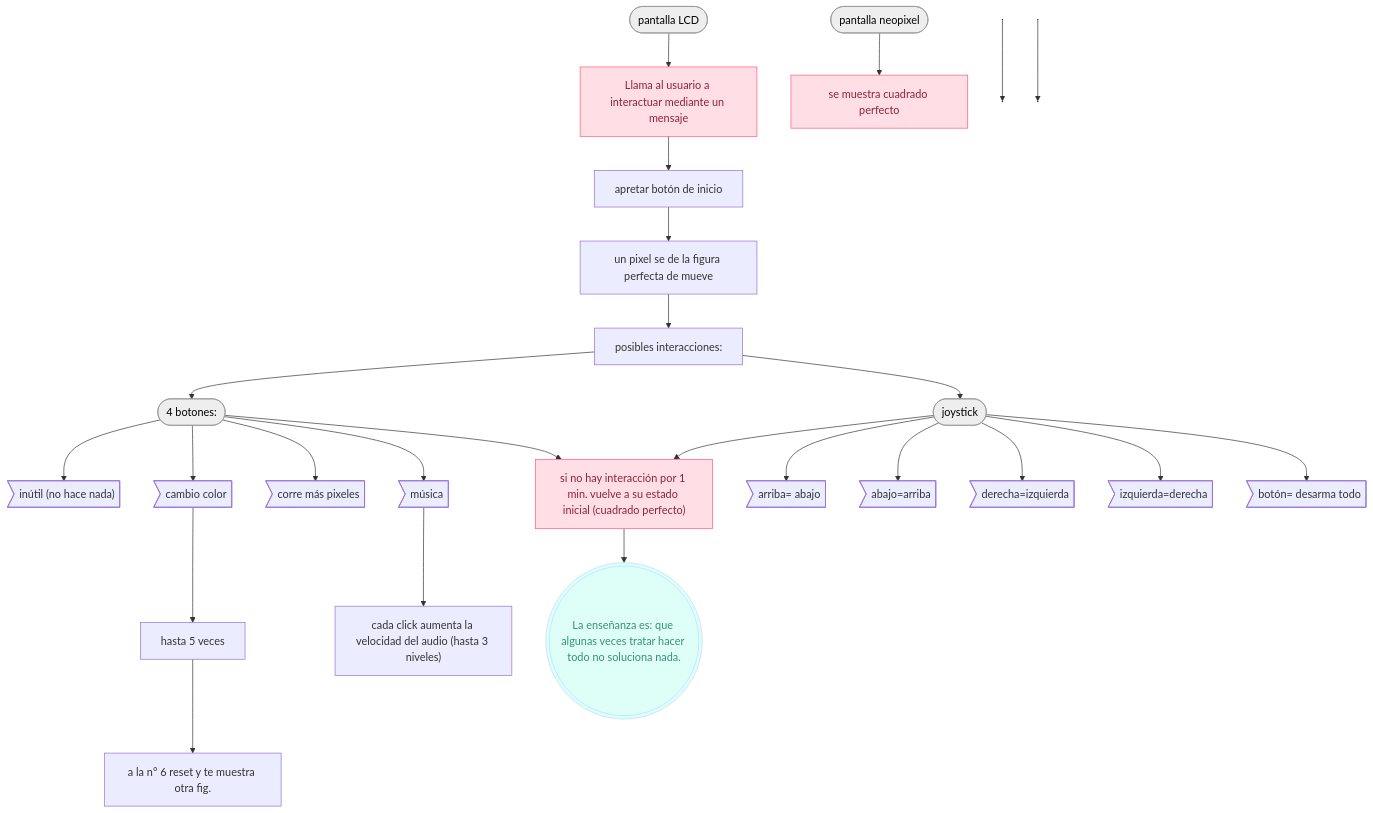
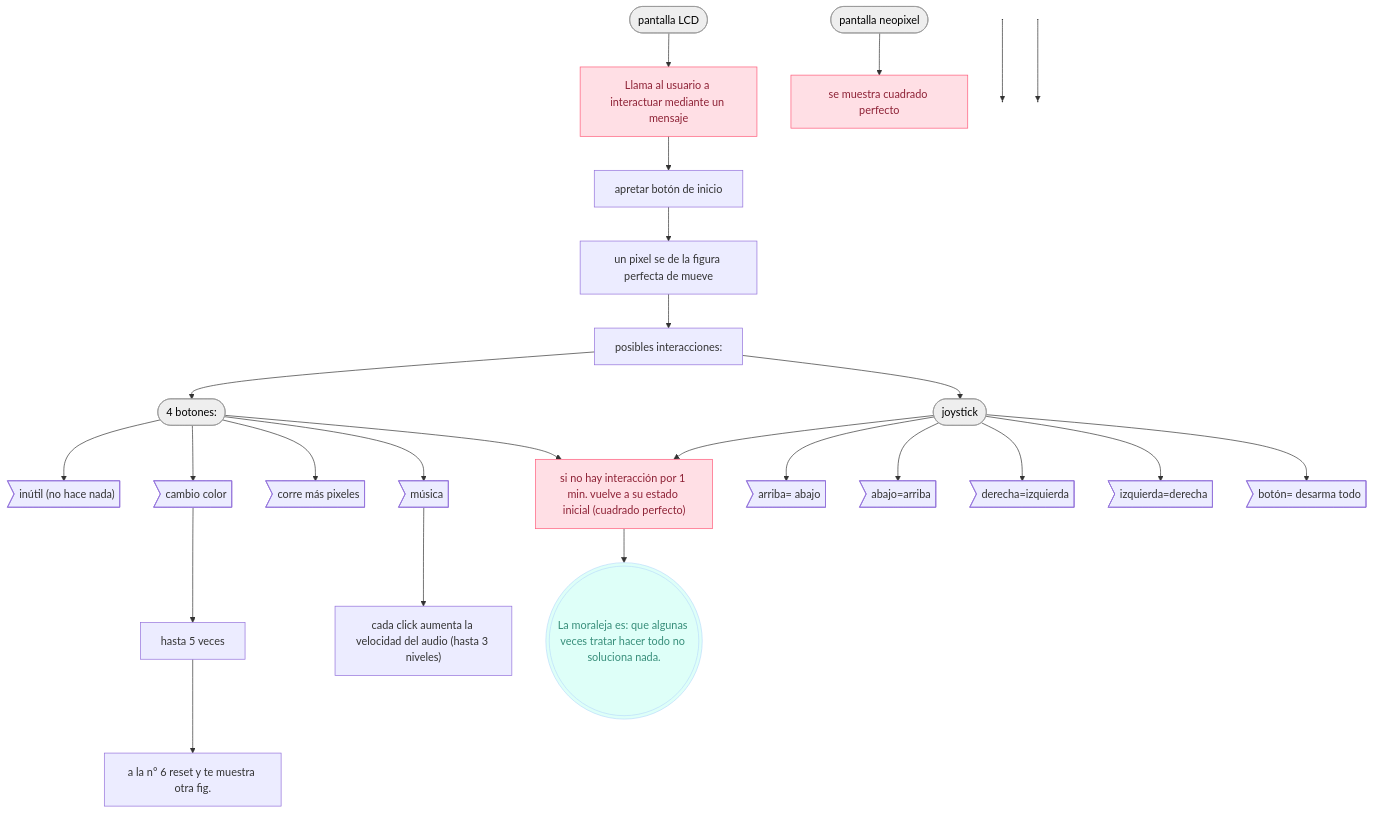
One commit to disenoUDP/dis8645-2025-2-proyectos changed the diagram in 05-sofiacartes/sesion-14a/README.md. Above: the diagram before and after it, drawn with Mermaid.

````diff
--- a/05-sofiacartes/sesion-14a/README.md
+++ b/05-sofiacartes/sesion-14a/README.md
@@ -4,43 +4,43 @@
 ```mermaid
 ---
 config:
   theme: default
   look: classic
   layout: fixed
 ---
 flowchart TB
     A(["pantalla LCD"]) --> n2["Llama al usuario a interactuar mediante un mensaje"]
     n2 --> n3["apretar botón de inicio"]
     n4(["pantalla neopixel"]) --> n5["se muestra cuadrado perfecto"]
     n3 --> n6["un pixel se de la figura perfecta de mueve"]
     n6 --> n17["posibles interacciones:"]
     n17 --> n18(["joystick"]) & n19(["4 botones:"])
     n19 --> n20>"inútil (no hace nada)"] & n21>"cambio color"] & n22>"corre más pixeles"] & n23>"música"] & n35["si no hay interacción por 1 min. vuelve a su estado inicial (cuadrado perfecto)"]
     n18 --> n24>"arriba= abajo"] & n25>"abajo=arriba"] & n26>"derecha=izquierda"] & n27>"izquierda=derecha"] & n28>"botón= desarma todo"] & n35
     n21 --> n29["hasta 5 veces"]
     n29 --> n30["a la n° 6 reset y te muestra otra fig."]
     n23 --> n34["cada click aumenta la velocidad del audio (hasta 3 niveles)"]
     n36[" "] --> n37[" "]
     n39[" "] --> n40[" "]
-    n35 --> n41["La enseñanza es: que algunas veces tratar hacer todo no soluciona nada."]
+    n35 --> n41["La moraleja es: que algunas veces tratar hacer todo no soluciona nada."]
     n35@{ shape: rect}
     n36@{ shape: anchor}
     n37@{ shape: anchor}
     n39@{ shape: anchor}
     n40@{ shape: anchor}
     n41@{ shape: dbl-circ}
      A:::Ash
      n2:::Rose
      n4:::Ash
      n5:::Rose
      n18:::Ash
      n19:::Ash
      n35:::Rose
      n41:::Aqua
     classDef Sky stroke-width:1px, stroke-dasharray:none, stroke:#374D7C, fill:#E2EBFF, color:#374D7C
     classDef Rose stroke-width:1px, stroke-dasharray:none, stroke:#FF5978, fill:#FFDFE5, color:#8E2236
     classDef Ash stroke-width:1px, stroke-dasharray:none, stroke:#999999, fill:#EEEEEE, color:#000000
     classDef Aqua stroke-width:1px, stroke-dasharray:none, stroke:#46EDC8, fill:#DEFFF8, color:#378E7A
     style n41 stroke:#BBDEFB
 
 ```
````
